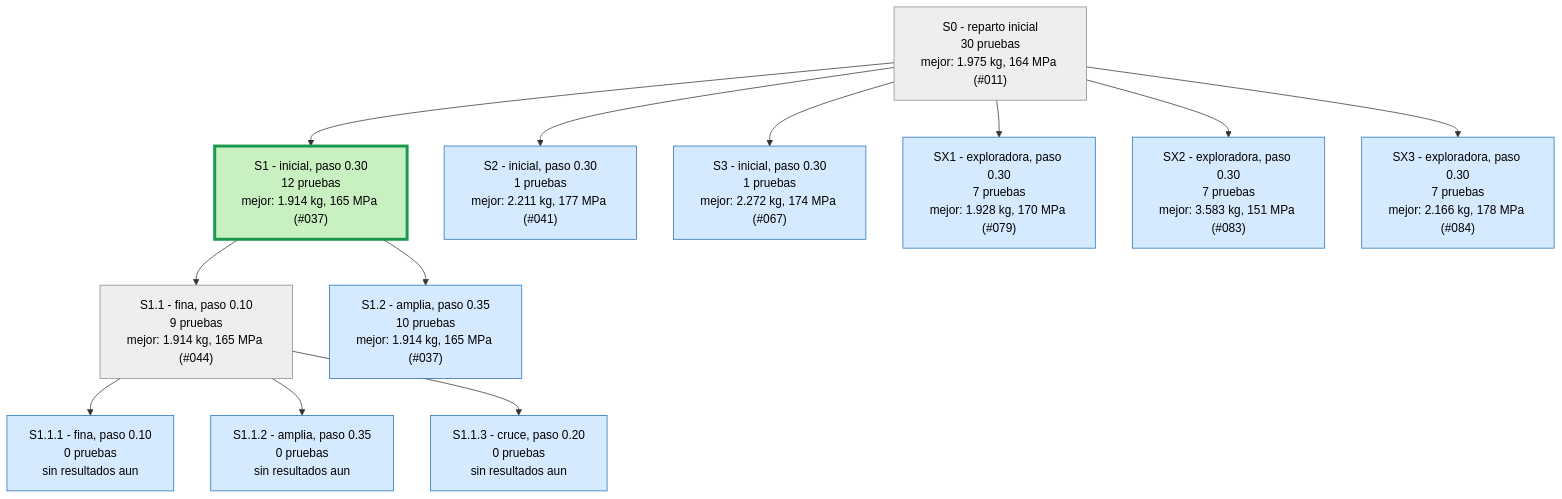
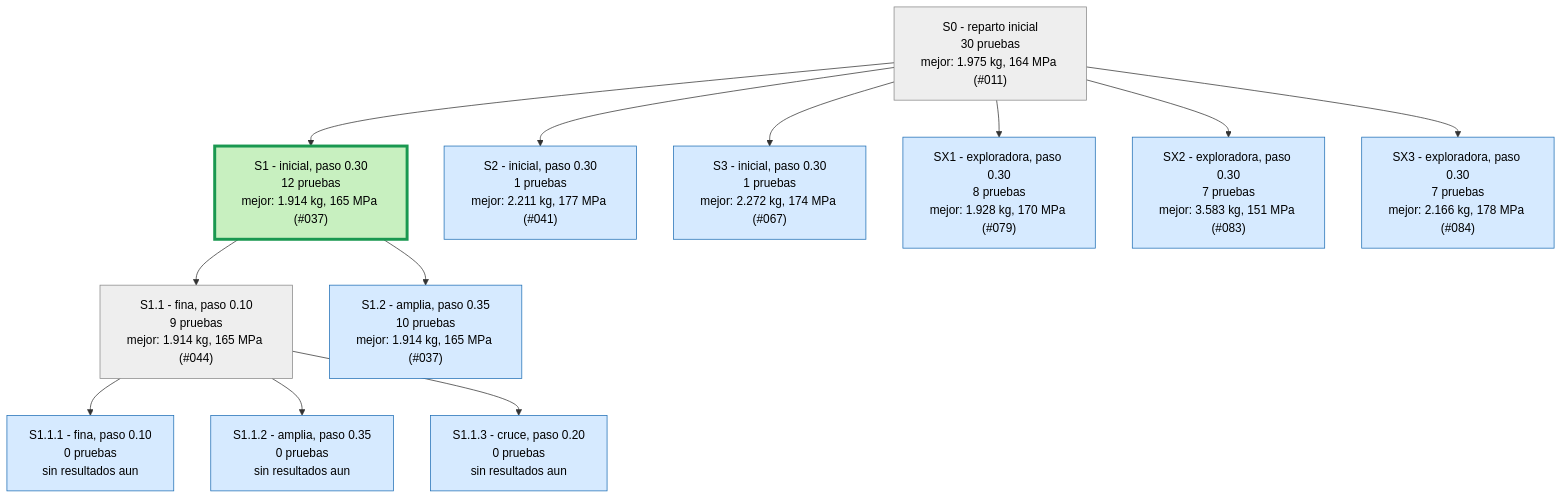
One commit to Hugiko/msd-soporte-optimizacion changed the first of 4 diagrams in runs/opt_37800N/ARBOL.md. Above: the diagram before and after it, drawn with Mermaid. The commit also changed 19 other files, not shown here.

````diff
--- a/runs/opt_37800N/ARBOL.md
+++ b/runs/opt_37800N/ARBOL.md
@@ -9,29 +9,29 @@
 ```mermaid
 graph TD
 classDef activa fill:#d6eaff,stroke:#1f6fb5,color:#000
 classDef fin fill:#eeeeee,stroke:#888,color:#000
 classDef mejor fill:#c8f0c0,stroke:#1a9850,stroke-width:4px,color:#000
 S0["S0 - reparto inicial<br/>30 pruebas<br/>mejor: 1.975 kg, 164 MPa (#011)"]:::fin
 S1["S1 - inicial, paso 0.30<br/>12 pruebas<br/>mejor: 1.914 kg, 165 MPa (#037)"]:::mejor
 S0 --> S1
 S2["S2 - inicial, paso 0.30<br/>1 pruebas<br/>mejor: 2.211 kg, 177 MPa (#041)"]:::activa
 S0 --> S2
 S3["S3 - inicial, paso 0.30<br/>1 pruebas<br/>mejor: 2.272 kg, 174 MPa (#067)"]:::activa
 S0 --> S3
 S1_1["S1.1 - fina, paso 0.10<br/>9 pruebas<br/>mejor: 1.914 kg, 165 MPa (#044)"]:::fin
 S1 --> S1_1
 S1_2["S1.2 - amplia, paso 0.35<br/>10 pruebas<br/>mejor: 1.914 kg, 165 MPa (#037)"]:::activa
 S1 --> S1_2
 S1_1_1["S1.1.1 - fina, paso 0.10<br/>0 pruebas<br/>sin resultados aun"]:::activa
 S1_1 --> S1_1_1
 S1_1_2["S1.1.2 - amplia, paso 0.35<br/>0 pruebas<br/>sin resultados aun"]:::activa
 S1_1 --> S1_1_2
 S1_1_3["S1.1.3 - cruce, paso 0.20<br/>0 pruebas<br/>sin resultados aun"]:::activa
 S1_1 --> S1_1_3
-SX1["SX1 - exploradora, paso 0.30<br/>7 pruebas<br/>mejor: 1.928 kg, 170 MPa (#079)"]:::activa
+SX1["SX1 - exploradora, paso 0.30<br/>8 pruebas<br/>mejor: 1.928 kg, 170 MPa (#079)"]:::activa
 S0 --> SX1
 SX2["SX2 - exploradora, paso 0.30<br/>7 pruebas<br/>mejor: 3.583 kg, 151 MPa (#083)"]:::activa
 S0 --> SX2
 SX3["SX3 - exploradora, paso 0.30<br/>7 pruebas<br/>mejor: 2.166 kg, 178 MPa (#084)"]:::activa
 S0 --> SX3
 ```
````
